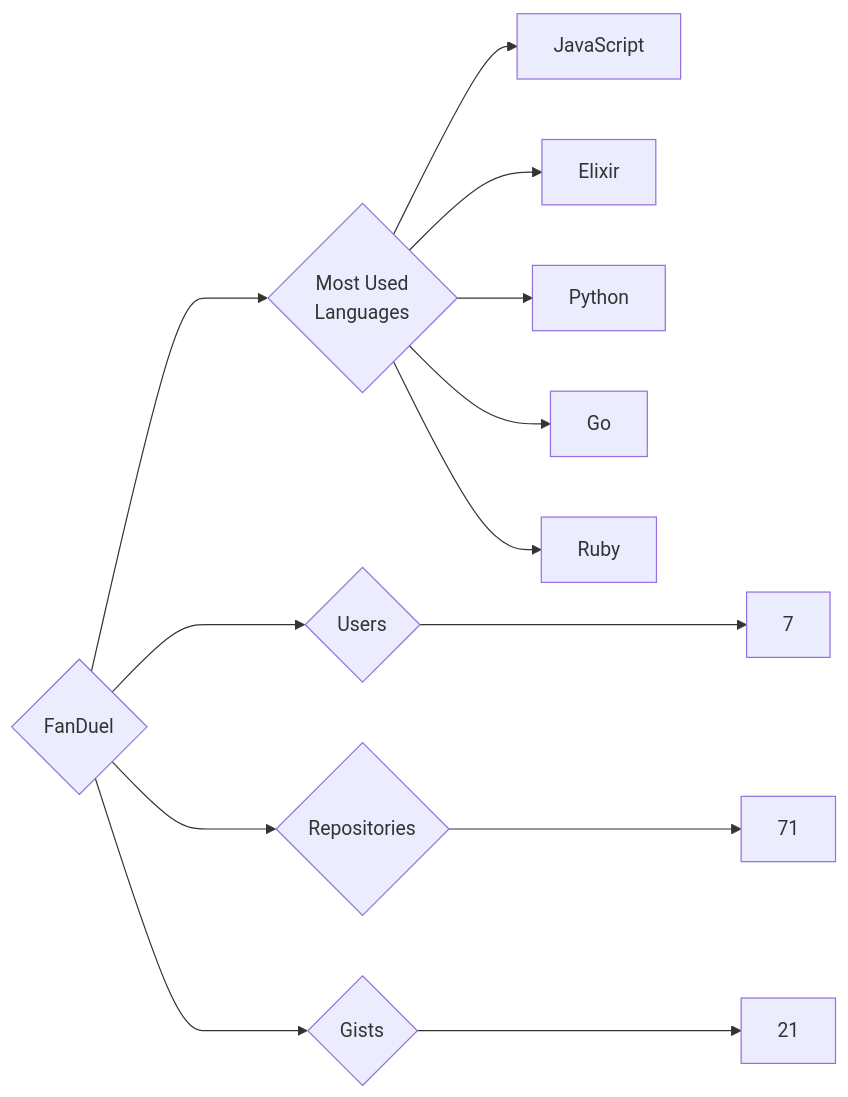
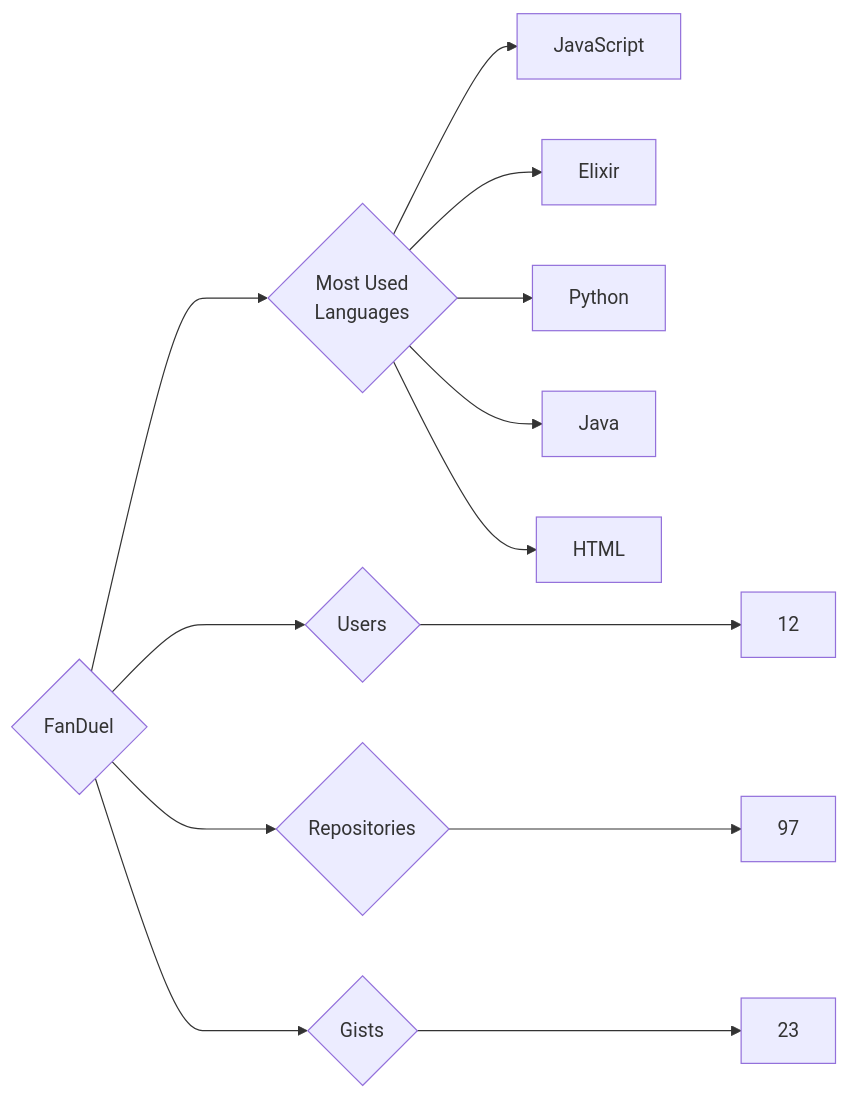
The diagram in targets/FanDuel/README.md (trickest/insiders), drawn with Mermaid before and after one commit. The commit also changed 553 other files, not shown here.

````diff
--- a/targets/FanDuel/README.md
+++ b/targets/FanDuel/README.md
@@ -3,13 +3,13 @@
 ```mermaid
 graph LR
 COMPANY_NAME{FanDuel}
-COMPANY_NAME ---> U{Users} ---> UN[7]
-COMPANY_NAME ---> R{Repositories} ---> RN[71]
-COMPANY_NAME ---> G{Gists} ---> GN[21]
+COMPANY_NAME ---> U{Users} ---> UN[12]
+COMPANY_NAME ---> R{Repositories} ---> RN[97]
+COMPANY_NAME ---> G{Gists} ---> GN[23]
 COMPANY_NAME ---> ML{Most Used<br>Languages}
 ML --> JavaScript[JavaScript]
 ML --> Elixir[Elixir]
 ML --> Python[Python]
-ML --> Go[Go]
-ML --> Ruby[Ruby]
+ML --> Java[Java]
+ML --> HTML[HTML]
 ```
````
